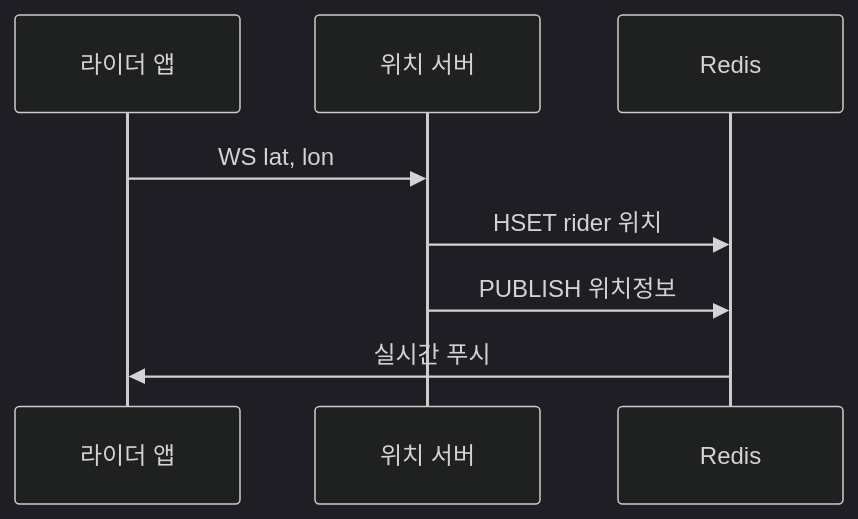
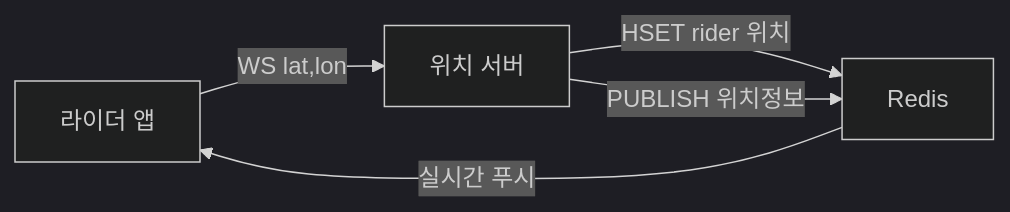
The fifth of 9 diagrams in _posts/systemdesign/2026-05-03-system-design-location.md (yjkim2015/yjkim2015.github.io), drawn with Mermaid (dark theme) before and after one commit. The commit also changed other lines of this file and 84 other files, not shown here.

First line of the commit message:
85개 포스트 Mermaid 다이어그램 규칙 일괄 수정

````diff
--- a/_posts/systemdesign/2026-05-03-system-design-location.md
+++ b/_posts/systemdesign/2026-05-03-system-design-location.md
@@ -432,10 +432,7 @@
 ```mermaid
-sequenceDiagram
-    participant Rider as 라이더 앱
-    participant WS as 위치 서버
-    participant Redis as Redis
-    Rider->>WS: WS lat, lon
-    WS->>Redis: HSET rider 위치
-    WS->>Redis: PUBLISH 위치정보
-    Redis->>Rider: 실시간 푸시
+graph LR
+    A[라이더 앱] -->|WS lat,lon| B[위치 서버]
+    B -->|HSET rider 위치| C[Redis]
+    B -->|PUBLISH 위치정보| C
+    C -->|실시간 푸시| A
 ```
````
